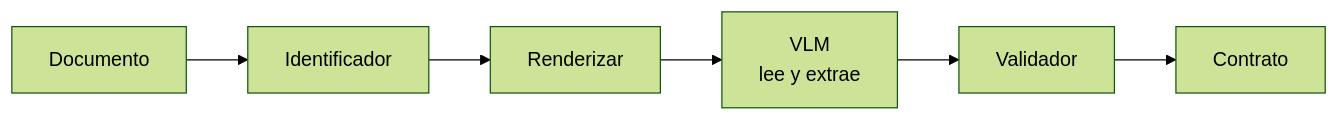
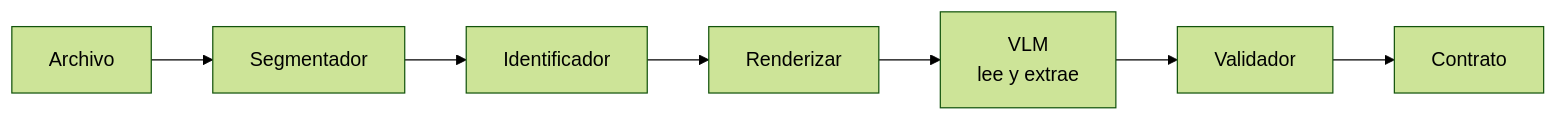
Before and after one commit to mariogarcia-ar/docflow: the fourth of 5 diagrams in readme-min.md, drawn with Mermaid (forest theme). The commit also changed other lines of this file, not shown here.

Commit message:
Refactor README.md to clarify document processing flows and components, enhancing descriptions of the Segmentador and its role in logical document grouping.

````diff
--- a/readme-min.md
+++ b/readme-min.md
@@ -84,5 +111,5 @@
 ```mermaid
 graph LR
-    A["Documento"] --> B["Identificador"] --> C["Renderizar"] --> D["VLM<br/>lee y extrae"]
-    D --> E["Validador"] --> F["Contrato"]
+    A["Archivo"] --> B["Segmentador"] --> C["Identificador"] --> D["Renderizar"]
+    D --> E["VLM<br/>lee y extrae"] --> F["Validador"] --> G["Contrato"]
 ```
````
